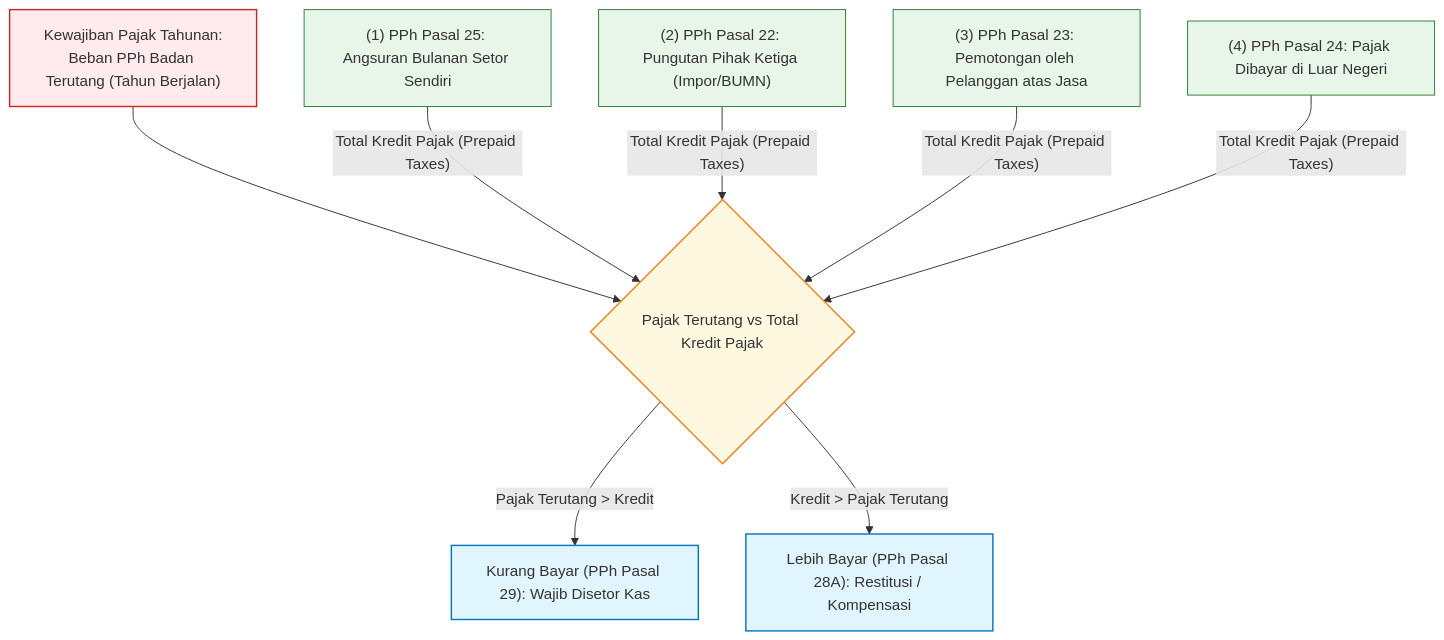
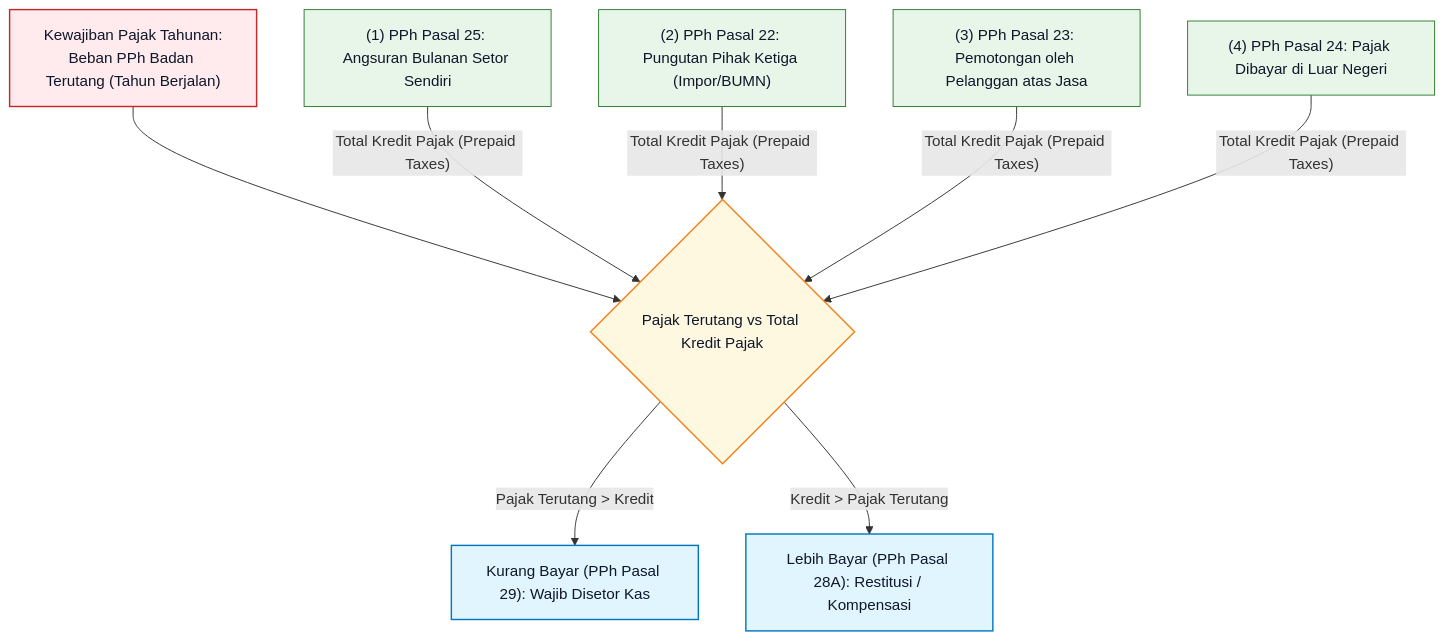
The diagram in content/11-tax/corporate-tax-installment-and-prepayment.md (alimurrofid/erp-notes), drawn with Mermaid before and after one commit. The commit also changed 15 other files, not shown here.

Commit message:
fix(content):Mermaid classDef darkmode text color

````diff
--- a/content/11-tax/corporate-tax-installment-and-prepayment.md
+++ b/content/11-tax/corporate-tax-installment-and-prepayment.md
@@ -29,28 +29,28 @@
 ```mermaid
 flowchart TD
     TaxExpense["Kewajiban Pajak Tahunan:<br/>Beban PPh Badan Terutang (Tahun Berjalan)"]
 
     PPh25["(1) PPh Pasal 25: Angsuran Bulanan Setor Sendiri"]
     PPh22["(2) PPh Pasal 22: Pungutan Pihak Ketiga (Impor/BUMN)"]
     PPh23["(3) PPh Pasal 23: Pemotongan oleh Pelanggan atas Jasa"]
     PPh24["(4) PPh Pasal 24: Pajak Dibayar di Luar Negeri"]
 
     Compare{"Pajak Terutang vs Total Kredit Pajak"}
     PPh29["Kurang Bayar (PPh Pasal 29): Wajib Disetor Kas"]
     PPh28A["Lebih Bayar (PPh Pasal 28A): Restitusi / Kompensasi"]
 
     TaxExpense --> Compare
     PPh25 & PPh22 & PPh23 & PPh24 -->|"Total Kredit Pajak (Prepaid Taxes)"| Compare
     Compare -- "Pajak Terutang > Kredit" --> PPh29
     Compare -- "Kredit > Pajak Terutang" --> PPh28A
 
-    classDef expense fill:#ffebee,stroke:#c62828,stroke-width:1.5px;
-    classDef prepay fill:#e8f5e9,stroke:#2e7d32,stroke-width:1px;
-    classDef decision fill:#fff8e1,stroke:#f57f17,stroke-width:1.5px;
-    classDef settlement fill:#e1f5fe,stroke:#0277bd,stroke-width:1.5px;
+    classDef expense fill:#ffebee,stroke:#c62828,stroke-width:1.5px,color:#0f172a;
+    classDef prepay fill:#e8f5e9,stroke:#2e7d32,stroke-width:1px,color:#0f172a;
+    classDef decision fill:#fff8e1,stroke:#f57f17,stroke-width:1.5px,color:#0f172a;
+    classDef settlement fill:#e1f5fe,stroke:#0277bd,stroke-width:1.5px,color:#0f172a;
 
     class TaxExpense expense;
     class PPh25,PPh22,PPh23,PPh24 prepay;
     class Compare decision;
     class PPh29,PPh28A settlement;
 ```
````
